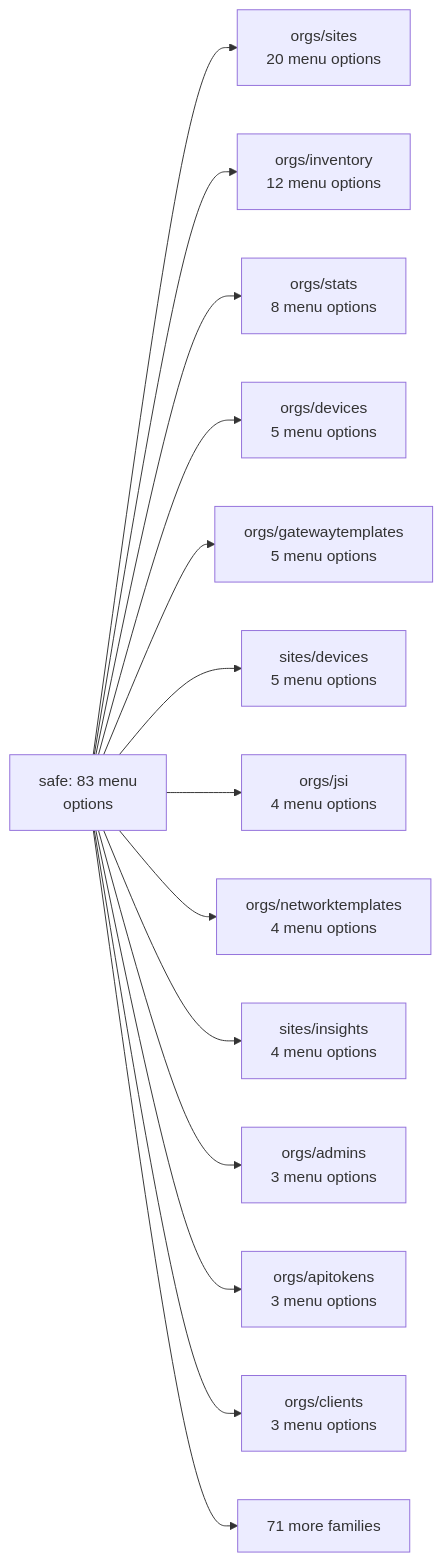
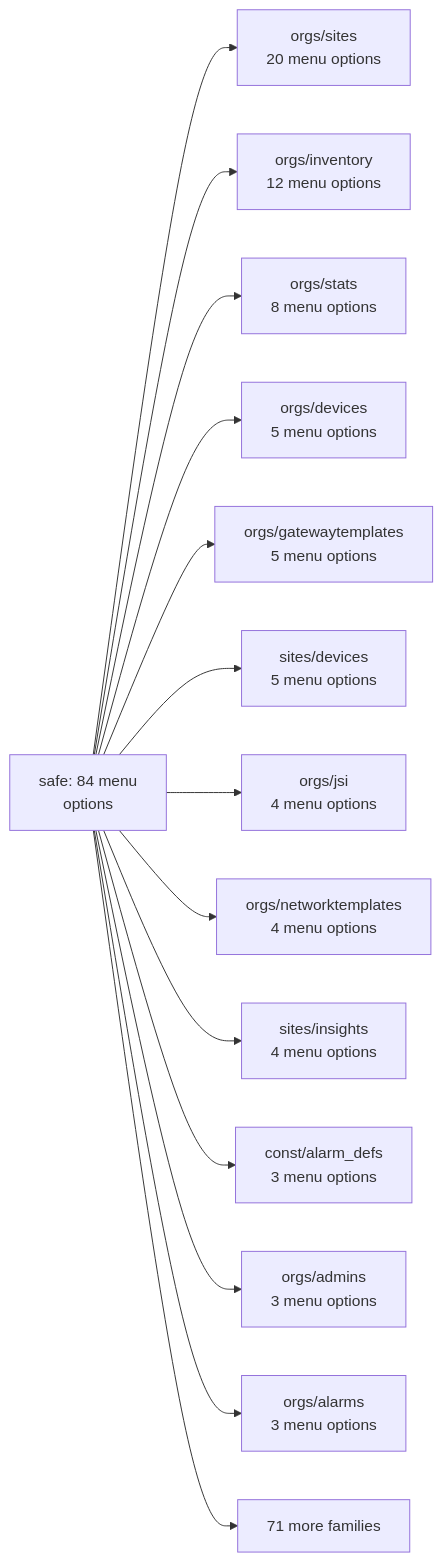
Before and after one commit to jmorrison-juniper/MistHelper: the first of 21 diagrams in documentation/menu-api/safe.md, drawn with Mermaid. The commit also changed other lines of this file and 23 other files, not shown here.

````diff
--- a/documentation/menu-api/safe.md
+++ b/documentation/menu-api/safe.md
@@ -17,17 +17,17 @@
 ```mermaid
 flowchart LR
-    root["safe: 83 menu<br/>options"]
+    root["safe: 84 menu<br/>options"]
     root --> f_orgs_sites["orgs/sites<br/>20 menu options"]
     root --> f_orgs_inventory["orgs/inventory<br/>12 menu options"]
     root --> f_orgs_stats["orgs/stats<br/>8 menu options"]
     root --> f_orgs_devices["orgs/devices<br/>5 menu options"]
     root --> f_orgs_gatewaytemplates["orgs/gatewaytemplates<br/>5 menu options"]
     root --> f_sites_devices["sites/devices<br/>5 menu options"]
     root --> f_orgs_jsi["orgs/jsi<br/>4 menu options"]
     root --> f_orgs_networktemplates["orgs/networktemplates<br/>4 menu options"]
     root --> f_sites_insights["sites/insights<br/>4 menu options"]
+    root --> f_const_alarm_defs["const/alarm_defs<br/>3 menu options"]
     root --> f_orgs_admins["orgs/admins<br/>3 menu options"]
-    root --> f_orgs_apitokens["orgs/apitokens<br/>3 menu options"]
-    root --> f_orgs_clients["orgs/clients<br/>3 menu options"]
+    root --> f_orgs_alarms["orgs/alarms<br/>3 menu options"]
     root --> more["71 more families"]
 ```
````
